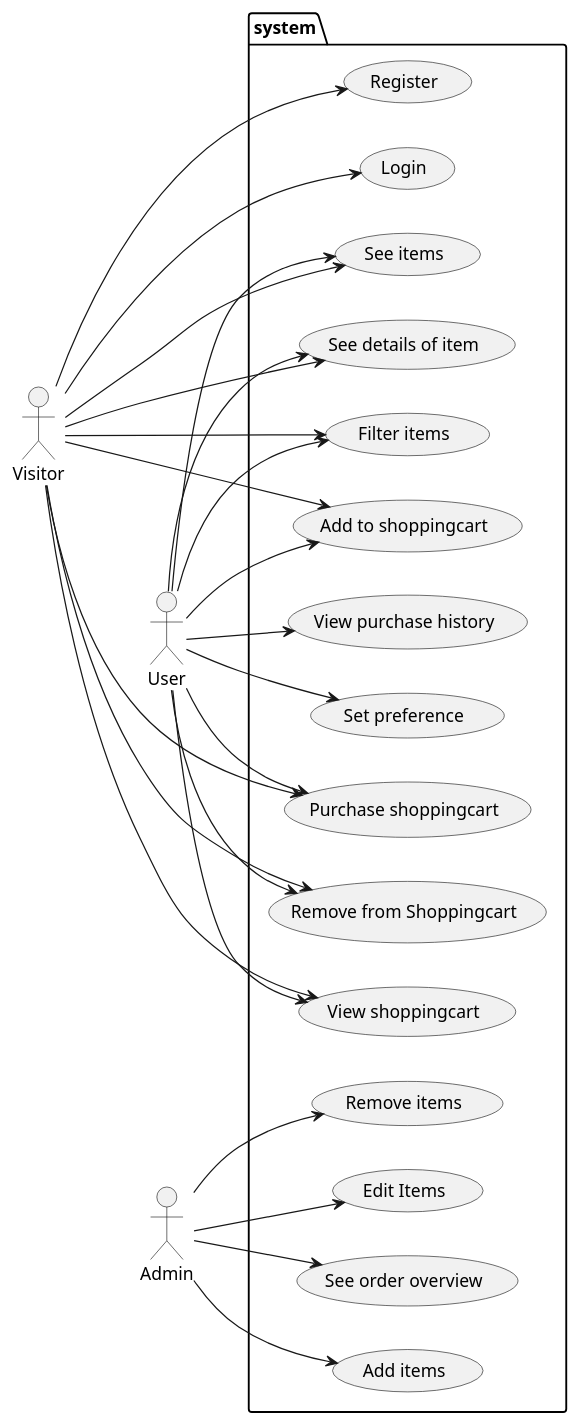
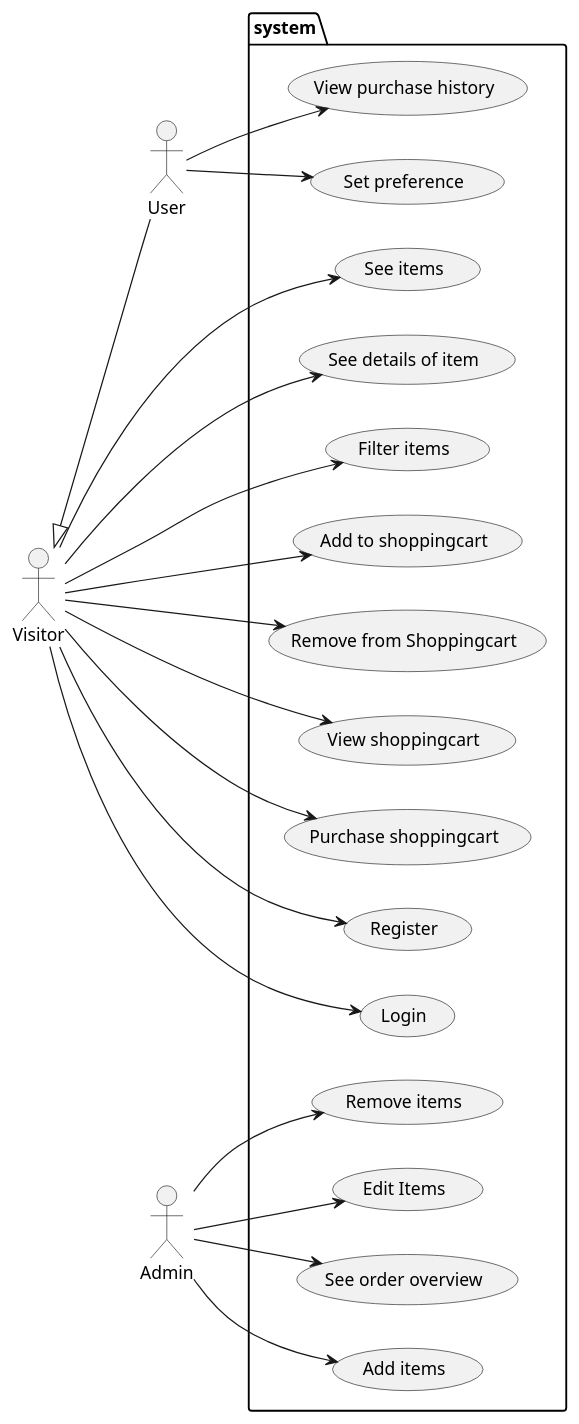
One commit to JochemGrootherder/educom-webshop-runtime-records changed the diagram in diagrams/useCase.puml. Above: the diagram before and after it, drawn with PlantUML. The commit also changed 5 other files, not shown here.

Commit message:
diagram updates

```diff
--- a/diagrams/useCase.puml
+++ b/diagrams/useCase.puml
@@ -1,48 +1,42 @@
 @startuml
 left to right direction
 actor Visitor as V
 actor User as U
 actor Admin as A
 
 package system{
     usecase "See items" as SI
     usecase "See details of item" as SD
     usecase "Filter items" as FI
     usecase "Add to shoppingcart" as AtS
     usecase "Remove from Shoppingcart" as RfS
     usecase "View shoppingcart" as VS
     usecase "Purchase shoppingcart" as PS
     usecase "Register" as R
     usecase "Login" as L
     usecase "Set preference" as SP
     usecase "View purchase history" as VPH
     usecase "Add items" as AI
     usecase "Remove items" as RI
     usecase "Edit Items" as EI
     usecase "See order overview" as SOO
 }
+V <|-- U
 V ---> SI
 V ---> SD
 V ---> FI
 V ---> AtS
 V ---> RfS
 V ---> VS
 V ---> PS
 V ---> R
 V ---> L
 
-U --> SI
-U --> SD
-U --> FI
-U --> AtS
-U --> RfS
-U --> VS
-U --> PS
 U --> SP
 U --> VPH
 
 A --> AI
 A --> RI
 A --> EI
 A --> SOO
 @enduml
```
